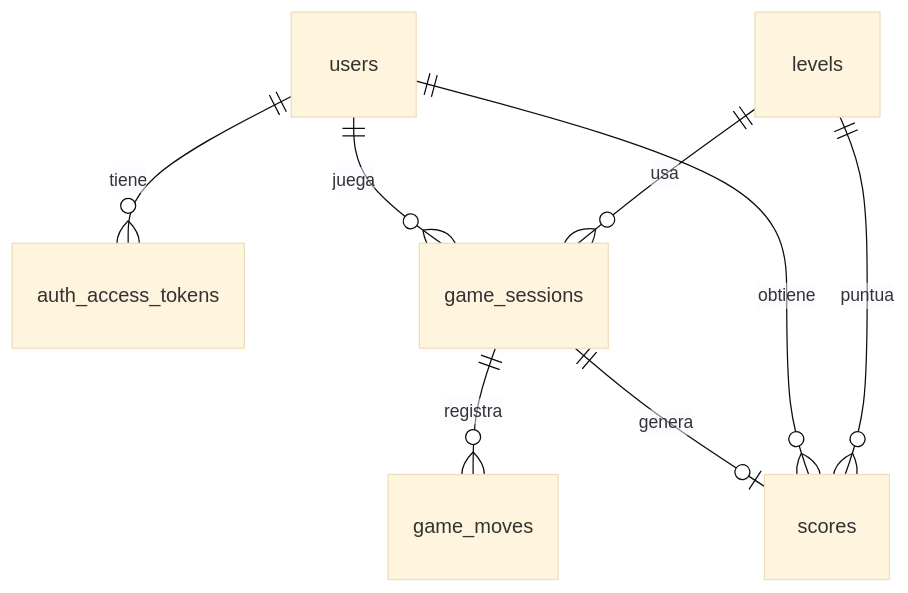
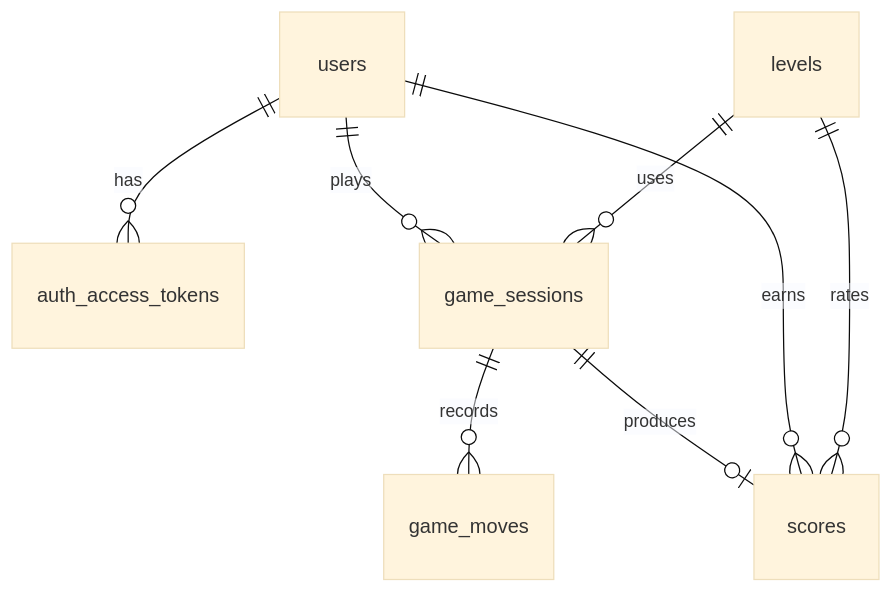
One commit to alexander-tinoco/zip-game-api changed the second of 2 diagrams in README.md. Above: the diagram before and after it, drawn with Mermaid (base theme). The commit also changed other lines of this file and 5 other files, not shown here.

````diff
--- a/README.md
+++ b/README.md
@@ -21,10 +83,10 @@
 ```mermaid
 erDiagram
-  users ||--o{ auth_access_tokens : tiene
-  users ||--o{ game_sessions : juega
-  levels ||--o{ game_sessions : usa
-  game_sessions ||--o{ game_moves : registra
-  game_sessions ||--o| scores : genera
-  users ||--o{ scores : obtiene
-  levels ||--o{ scores : puntua
+  users ||--o{ auth_access_tokens : has
+  users ||--o{ game_sessions : plays
+  levels ||--o{ game_sessions : uses
+  game_sessions ||--o{ game_moves : records
+  game_sessions ||--o| scores : produces
+  users ||--o{ scores : earns
+  levels ||--o{ scores : rates
 ```
````
